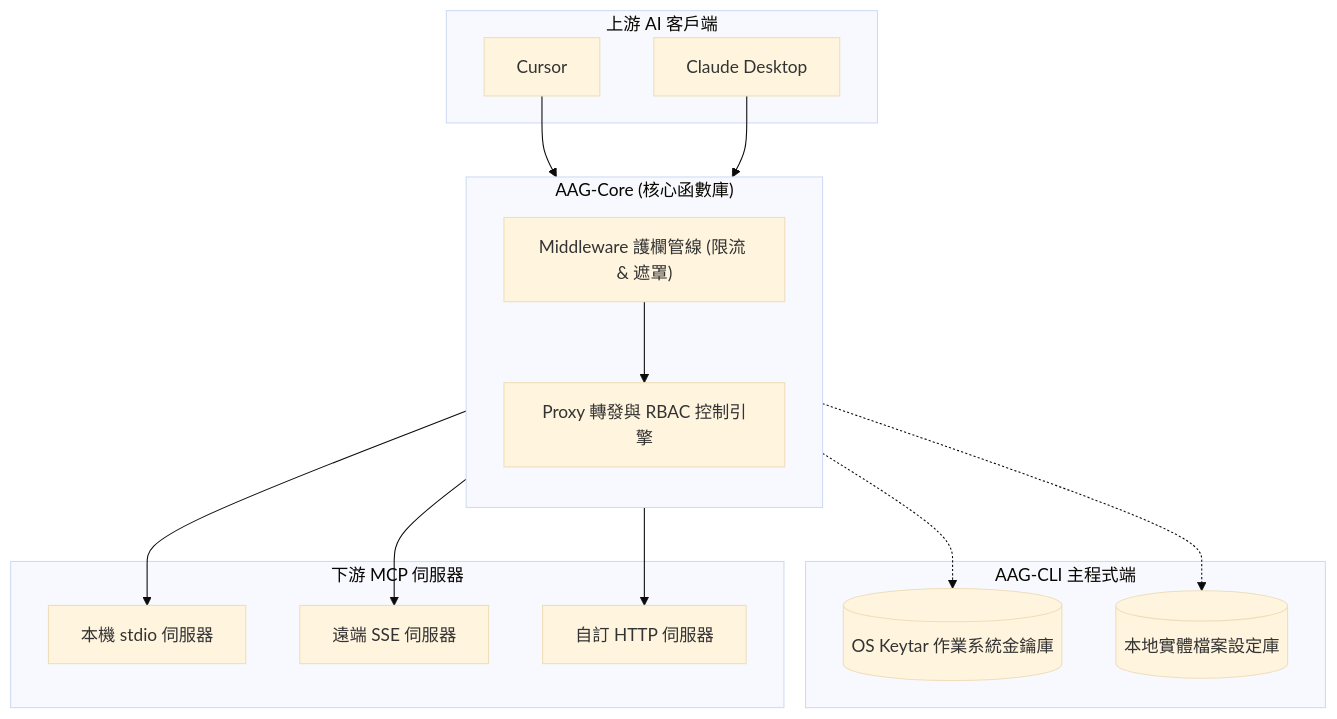
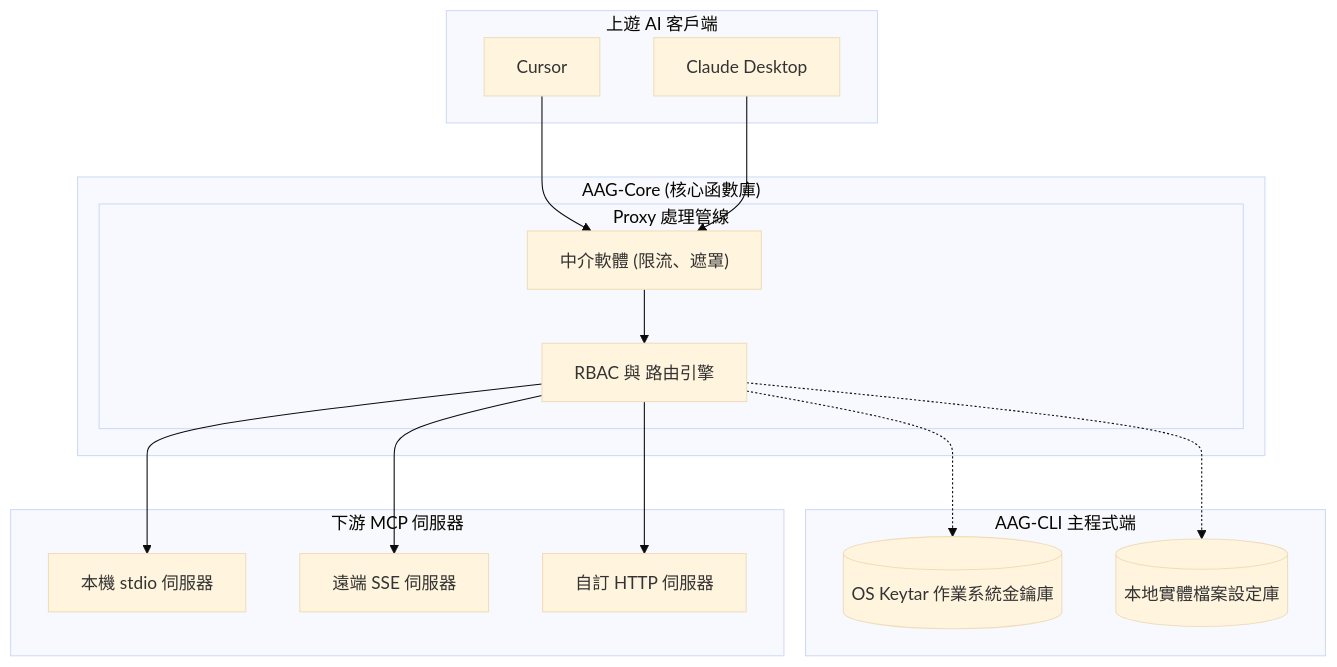
One commit to Cyber-Sec-Space/ai-auth-gateway changed the first of 3 diagrams in ARCHITECTURE_ZH.md. Above: the diagram before and after it, drawn with Mermaid (base theme). The commit also changed other lines of this file and 5 other files, not shown here.

````diff
--- a/ARCHITECTURE_ZH.md
+++ b/ARCHITECTURE_ZH.md
@@ -11,35 +11,36 @@
 ```mermaid
 flowchart TD
-    subgraph client ["上游 AI 客戶端"]
+    subgraph client ["上遊 AI 客戶端"]
         cursor["Cursor"]
         claude["Claude Desktop"]
     end
 
     subgraph cli ["AAG-CLI 主程式端"]
         vault[("OS Keytar 作業系統金鑰庫")]
         config[("本地實體檔案設定庫")]
     end
 
     subgraph gateway ["AAG-Core (核心函數庫)"]
-        direction TB
-        mid["Middleware 護欄管線 (限流 & 遮罩)"]
-        proxy["Proxy 轉發與 RBAC 控制引擎"]
+        subgraph proxy_p ["Proxy 處理管線"]
+            mw["中介軟體 (限流、遮罩)"]
+            rbac["RBAC 與 路由引擎"]
+            mw --> rbac
+        end
     end
 
     subgraph downstream ["下游 MCP 伺服器"]
         local_s["本機 stdio 伺服器"]
         github_s["遠端 SSE 伺服器"]
         remote_s["自訂 HTTP 伺服器"]
     end
 
-    cursor --> mid
-    claude --> mid
-    mid --> proxy
+    cursor --> mw
+    claude --> mw
 
-    proxy --> local_s
-    proxy --> github_s
-    proxy --> remote_s
+    rbac --> local_s
+    rbac --> github_s
+    rbac --> remote_s
 
-    proxy -.-> config
-    proxy -.-> vault
+    rbac -.-> config
+    rbac -.-> vault
 ```
````
